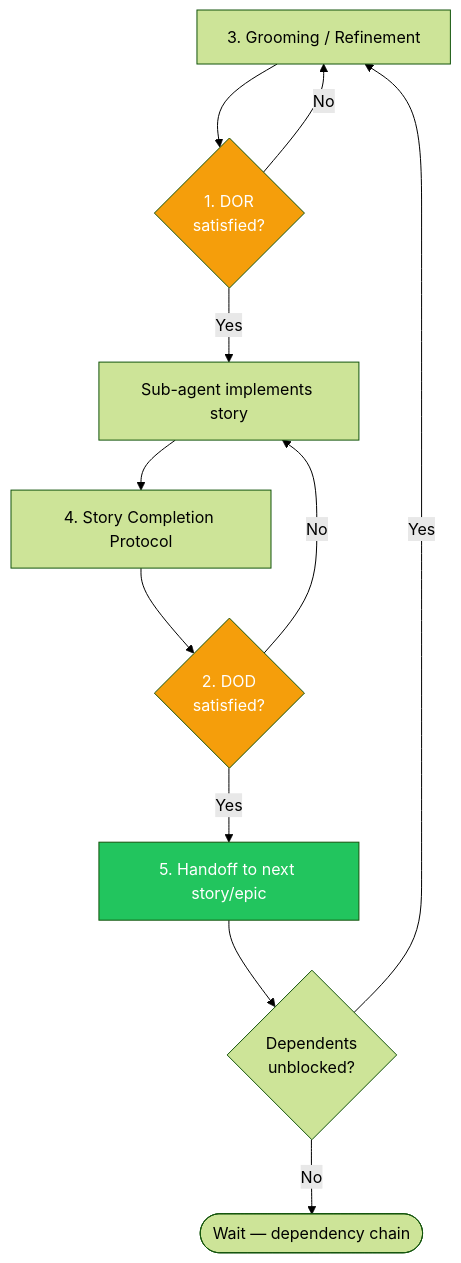
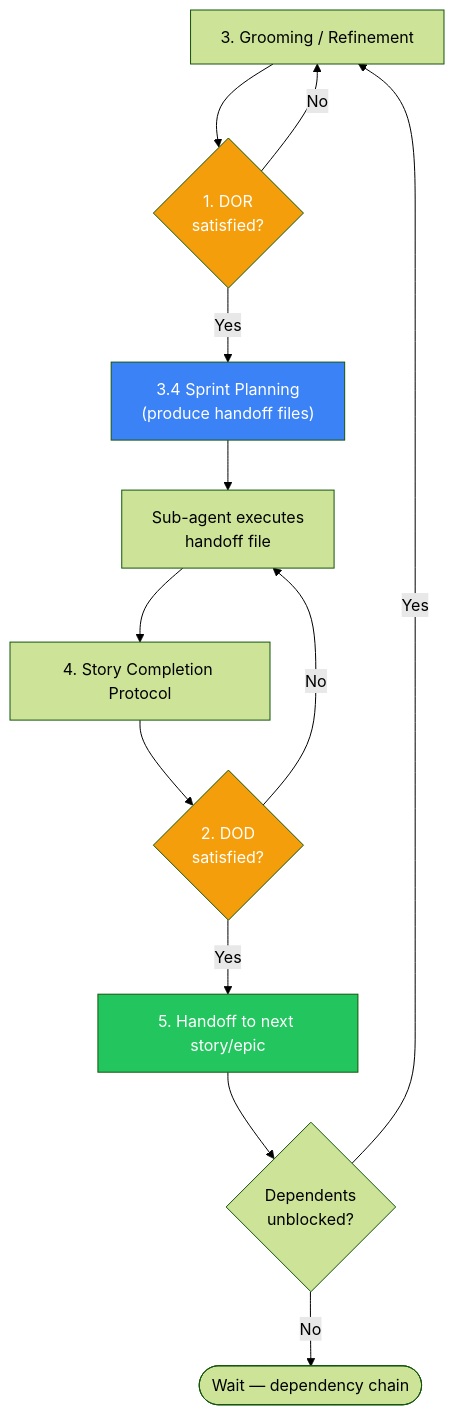
One commit to virgenherrera/Ballast-Lane-code_challenge changed the third of 3 diagrams in docs/process.md. Above: the diagram before and after it, drawn with Mermaid (forest theme). The commit also changed other lines of this file and 34 other files, not shown here.

````diff
--- a/docs/process.md
+++ b/docs/process.md
@@ -172,18 +211,20 @@
 ```mermaid
-%% End-to-end story lifecycle gated by DOR and DOD
+%% End-to-end story lifecycle gated by DOR, sprint planning, and DOD
 flowchart TD
     GROOM["3. Grooming / Refinement"] --> DOR{"1. DOR\nsatisfied?"}
     DOR -->|No| GROOM
-    DOR -->|Yes| IMPL["Sub-agent implements story"]
+    DOR -->|Yes| PLAN["3.4 Sprint Planning\n(produce handoff files)"]
+    PLAN --> IMPL["Sub-agent executes\nhandoff file"]
     IMPL --> COMPLETE["4. Story Completion Protocol"]
     COMPLETE --> DOD{"2. DOD\nsatisfied?"}
     DOD -->|No| IMPL
     DOD -->|Yes| HANDOFF["5. Handoff to next story/epic"]
     HANDOFF --> NEXTREADY{"Dependents\nunblocked?"}
     NEXTREADY -->|Yes| GROOM
     NEXTREADY -->|No| WAIT(["Wait — dependency chain"])
 
     style DOR fill:#f59e0b,color:#fff
     style DOD fill:#f59e0b,color:#fff
+    style PLAN fill:#3b82f6,color:#fff
     style HANDOFF fill:#22c55e,color:#fff
 ```
````
